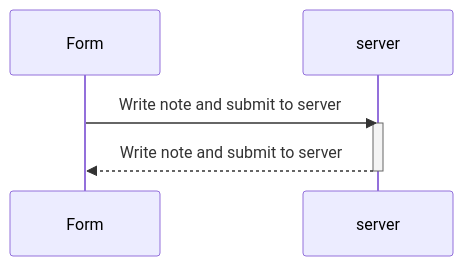
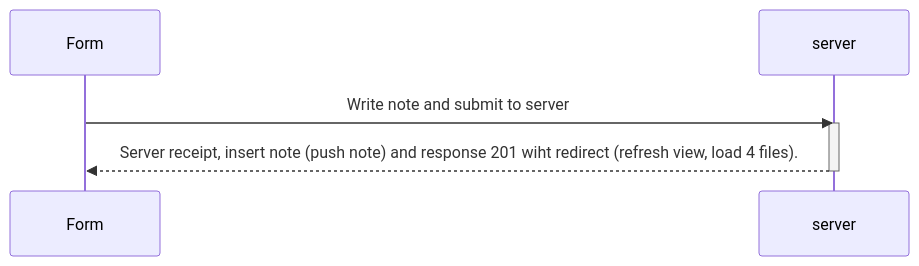
Before and after one commit to 11132731/Course-Full-Stack: the diagram in diagrama.md, drawn with Mermaid.

Commit message:
Modify server response in diagrama.md
Update server response message in diagram.

````diff
--- a/diagrama.md
+++ b/diagrama.md
@@ -2,12 +2,12 @@
 ```mermaid
 sequenceDiagram
     participant Form
     participant server
 
     Form->>server: Write note and submit to server
     activate server
-    server-->>Form: Write note and submit to server
+    server-->>Form: Server receipt, insert note (push note) and response 201 wiht redirect (refresh view, load 4 files).
     deactivate server
 
 
 ```
````
